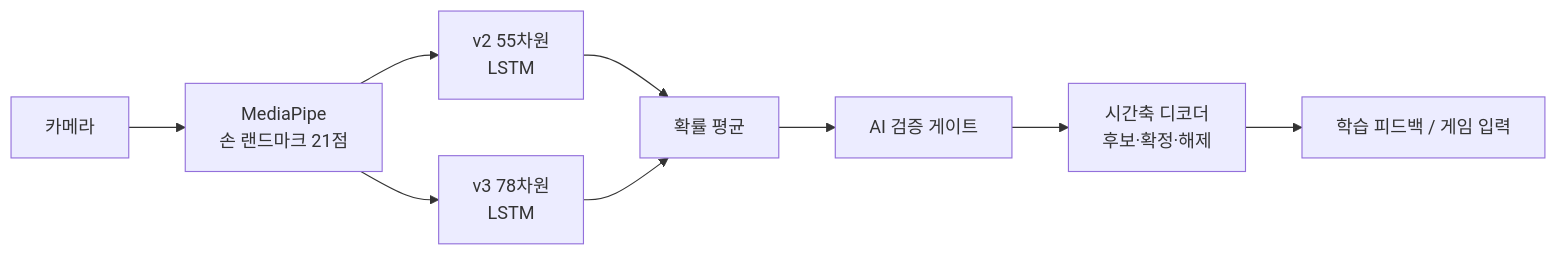
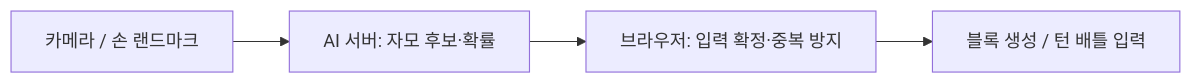
Before and after one commit to kanghyunsoon/sign-language-game: the diagram in README.md, drawn with Mermaid. The commit also changed other lines of this file and 4 other files, not shown here.

````diff
--- a/README.md
+++ b/README.md
@@ -100,11 +52,6 @@
 ```mermaid
 flowchart LR
-    A[카메라] --> B[MediaPipe<br/>손 랜드마크 21점]
-    B --> C1[v2 55차원<br/>LSTM]
-    B --> C2[v3 78차원<br/>LSTM]
-    C1 --> D[확률 평균]
-    C2 --> D
-    D --> E[AI 검증 게이트]
-    E --> F[시간축 디코더<br/>후보·확정·해제]
-    F --> G[학습 피드백 / 게임 입력]
+    A["카메라 / 손 랜드마크"] --> B["AI 서버: 자모 후보·확률"]
+    B --> C["브라우저: 입력 확정·중복 방지"]
+    C --> D["블록 생성 / 턴 배틀 입력"]
 ```
````
